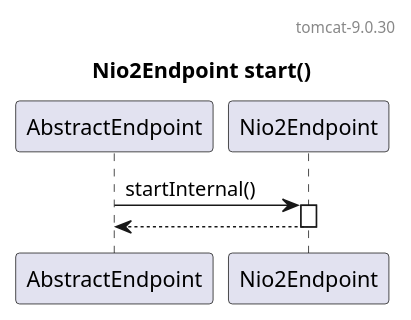
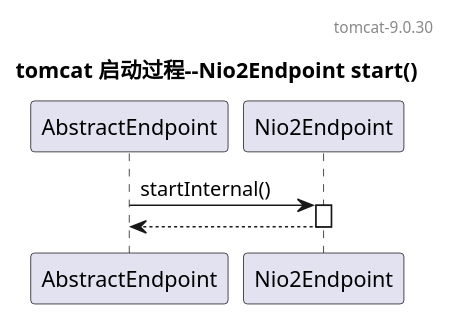
One commit to zhhongCai/tomcat changed the diagram in Nio2Endpoint_start.puml. Above: the diagram before and after it, drawn with PlantUML. The commit also changed 13 other files, not shown here.

Commit message:
流程图

```diff
--- a/Nio2Endpoint_start.puml
+++ b/Nio2Endpoint_start.puml
@@ -1,11 +1,11 @@
 @startuml
 
 header tomcat-9.0.30
 
-title Nio2Endpoint start()
+title tomcat 启动过程--Nio2Endpoint start()
 
 AbstractEndpoint -> Nio2Endpoint++: startInternal()
 
 AbstractEndpoint <-- Nio2Endpoint--
 
 @enduml
```
